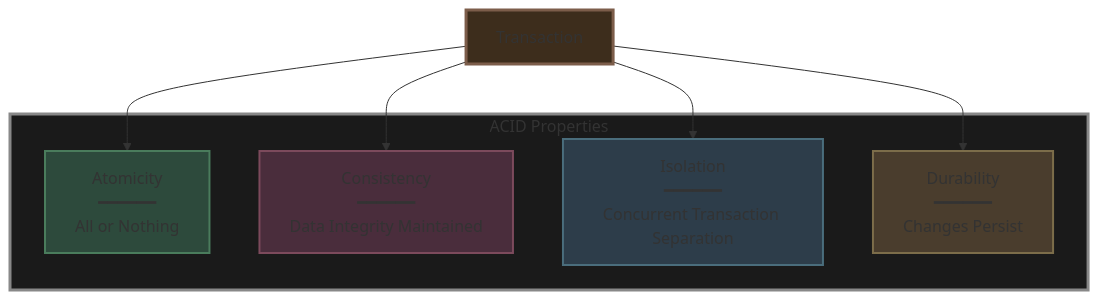
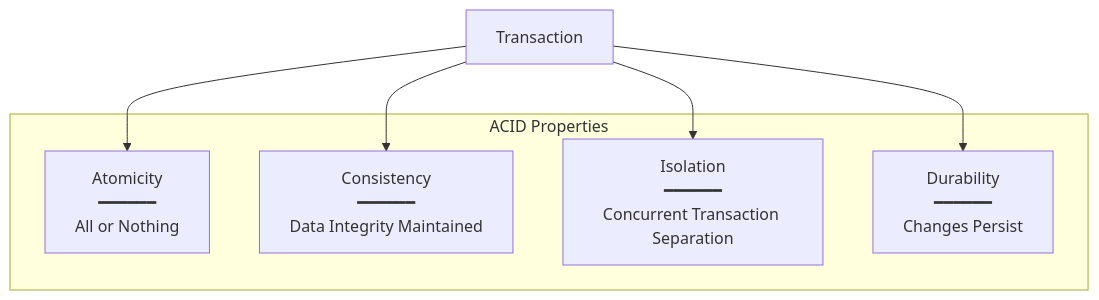
One commit to Yash-Kavaiya/The-System-Design-Masterclass changed the second of 9 diagrams in system design beginner/55. Relational Databases.md. Above: the diagram before and after it, drawn with Mermaid. The commit also changed other lines of this file, not shown here.

````diff
--- a/system design beginner/55. Relational Databases.md
+++ b/system design beginner/55. Relational Databases.md
@@ -71,21 +68,15 @@
 ```mermaid
 graph TB
     subgraph ACID["ACID Properties"]
         A[Atomicity<br/>━━━━━━<br/>All or Nothing]
         C[Consistency<br/>━━━━━━<br/>Data Integrity Maintained]
         I[Isolation<br/>━━━━━━<br/>Concurrent Transaction Separation]
         D[Durability<br/>━━━━━━<br/>Changes Persist]
     end
     
     TX[Transaction] --> A
     TX --> C
     TX --> I
     TX --> D
     
-    style ACID fill:#1a1a1a,stroke:#888,stroke-width:3px
-    style A fill:#2d4a3c,stroke:#4a7c5c,stroke-width:2px
-    style C fill:#4a2d3c,stroke:#7c4a5c,stroke-width:2px
-    style I fill:#2d3d4a,stroke:#4a6d7c,stroke-width:2px
-    style D fill:#4a3d2d,stroke:#7c6d4a,stroke-width:2px
-    style TX fill:#3d2d1c,stroke:#7c5d4a,stroke-width:3px
 ```
````
